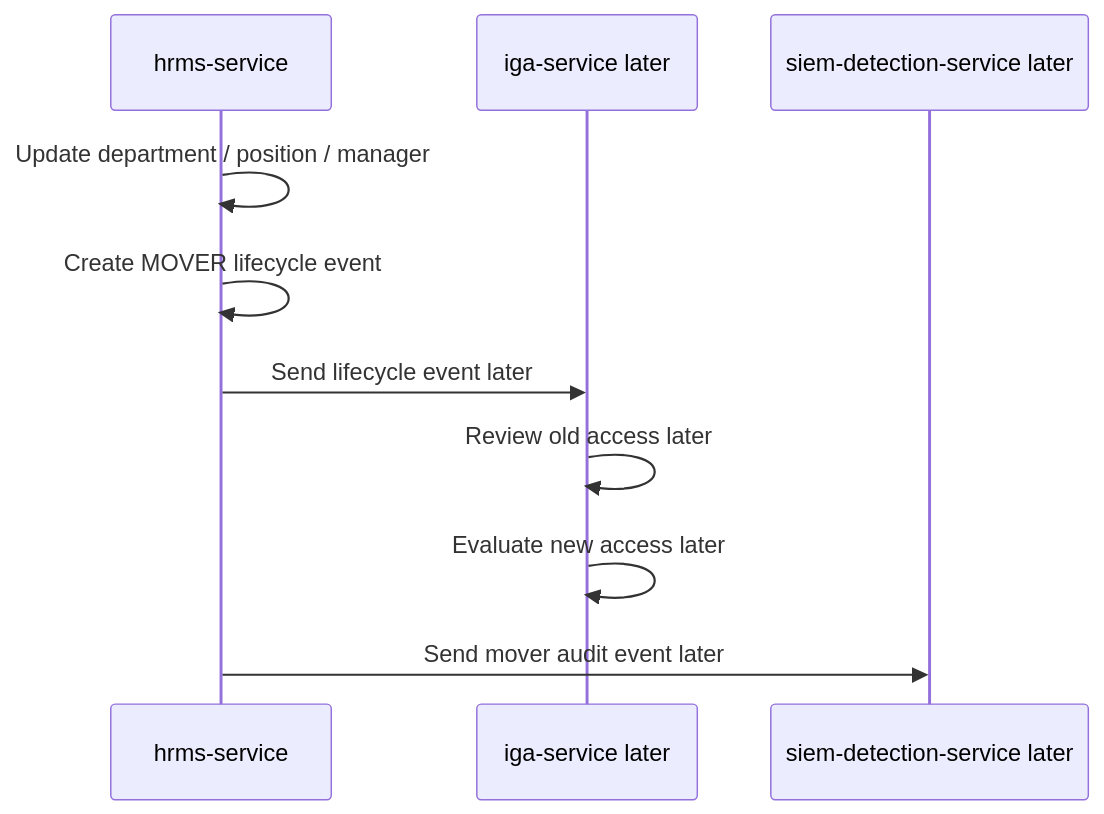
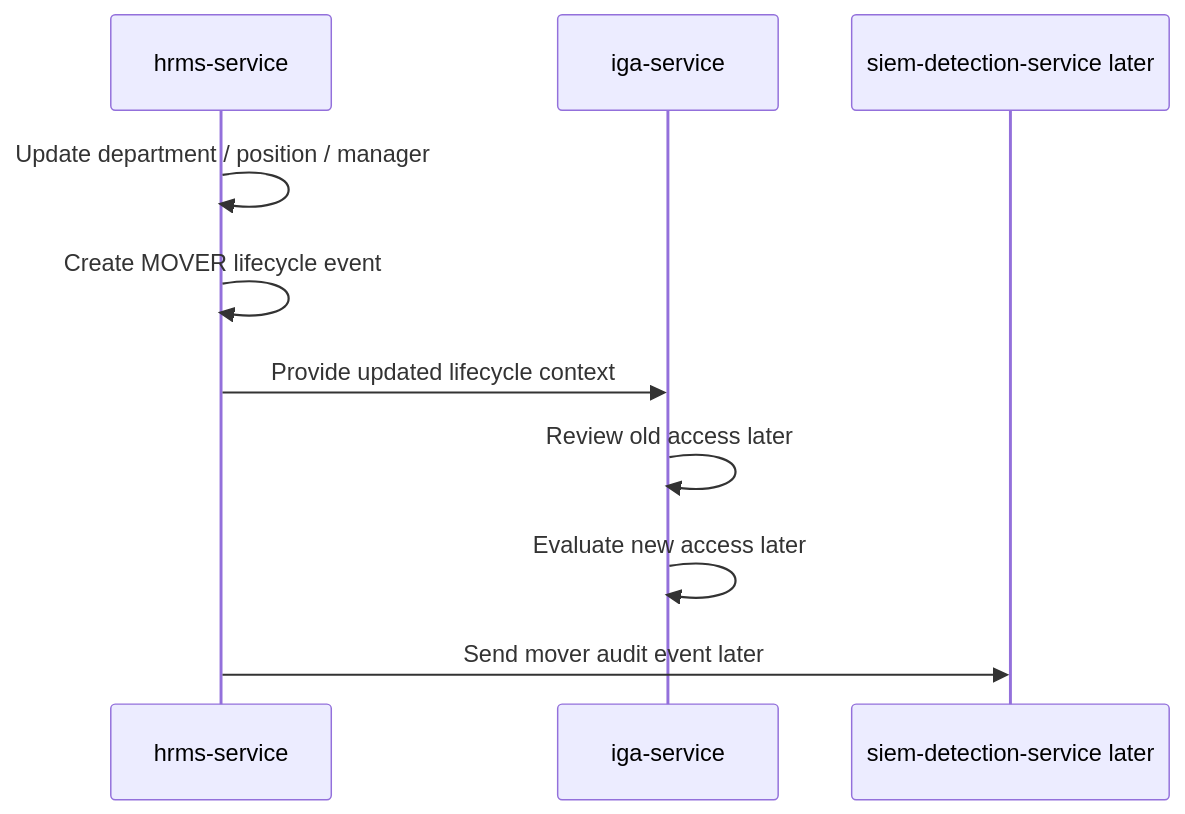
The fifth of 7 diagrams in apps/hrms-service/docs/diagrams.md (i-m-rish/luffy), drawn with Mermaid before and after one commit. The commit also changed other lines of this file, not shown here.

Commit message:
Update HRMS diagrams with IGA normalization flow

````diff
--- a/apps/hrms-service/docs/diagrams.md
+++ b/apps/hrms-service/docs/diagrams.md
@@ -94,13 +109,13 @@
 ```mermaid
 sequenceDiagram
     participant HRMS as hrms-service
-    participant IGA as iga-service later
+    participant IGA as iga-service
     participant SIEM as siem-detection-service later
 
     HRMS->>HRMS: Update department / position / manager
     HRMS->>HRMS: Create MOVER lifecycle event
-    HRMS->>IGA: Send lifecycle event later
+    HRMS->>IGA: Provide updated lifecycle context
     IGA->>IGA: Review old access later
     IGA->>IGA: Evaluate new access later
     HRMS->>SIEM: Send mover audit event later
 ```
````
